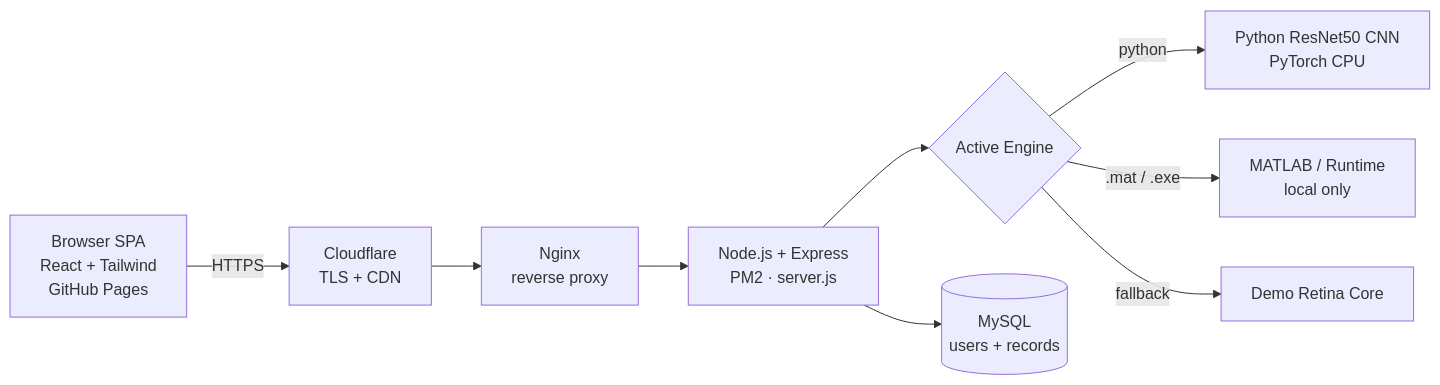
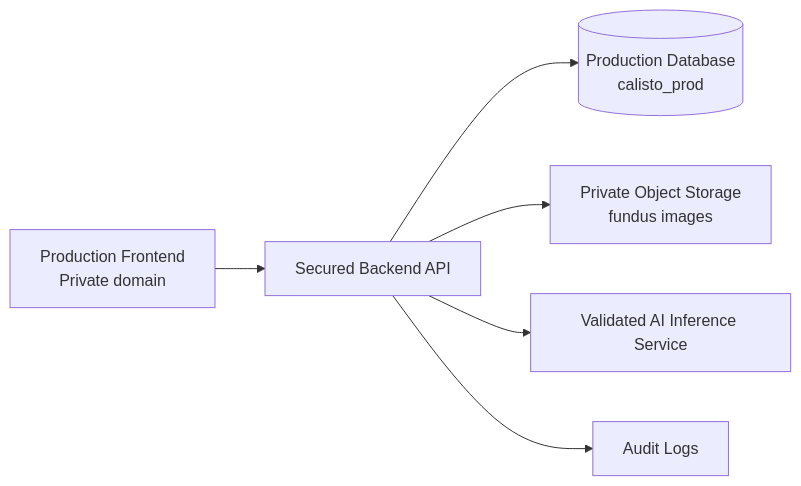
Before and after one commit to fahmiimrann/calisto.github.io: the second of 2 diagrams in README.md, drawn with Mermaid. The commit also changed other lines of this file, not shown here.

````diff
--- a/README.md
+++ b/README.md
@@ -81,11 +122,8 @@
 ```mermaid
 flowchart LR
-    A[Browser SPA<br/>React + Tailwind<br/>GitHub Pages] -->|HTTPS| CF[Cloudflare<br/>TLS + CDN]
-    CF --> NX[Nginx<br/>reverse proxy]
-    NX --> B[Node.js + Express<br/>PM2 · server.js]
-    B --> C{Active Engine}
-    C -->|python| E[Python ResNet50 CNN<br/>PyTorch CPU]
-    C -->|.mat / .exe| D[MATLAB / Runtime<br/>local only]
-    C -->|fallback| F[Demo Retina Core]
-    B --> G[(MySQL<br/>users + records)]
+    A[Production Frontend<br/>Private domain] --> B[Secured Backend API]
+    B --> C[(Production Database<br/>calisto_prod)]
+    B --> D[Private Object Storage<br/>fundus images]
+    B --> E[Validated AI Inference Service]
+    B --> F[Audit Logs]
 ```
````
